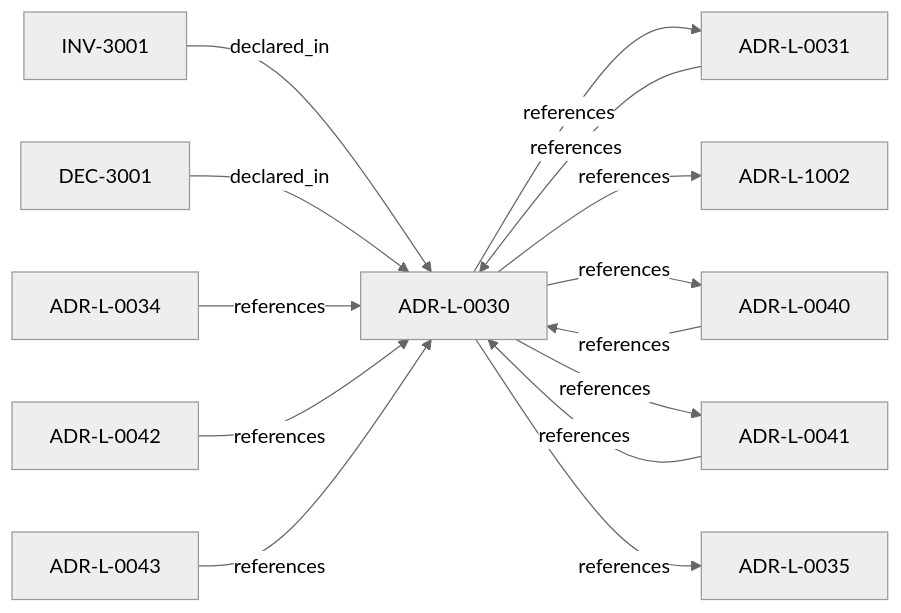
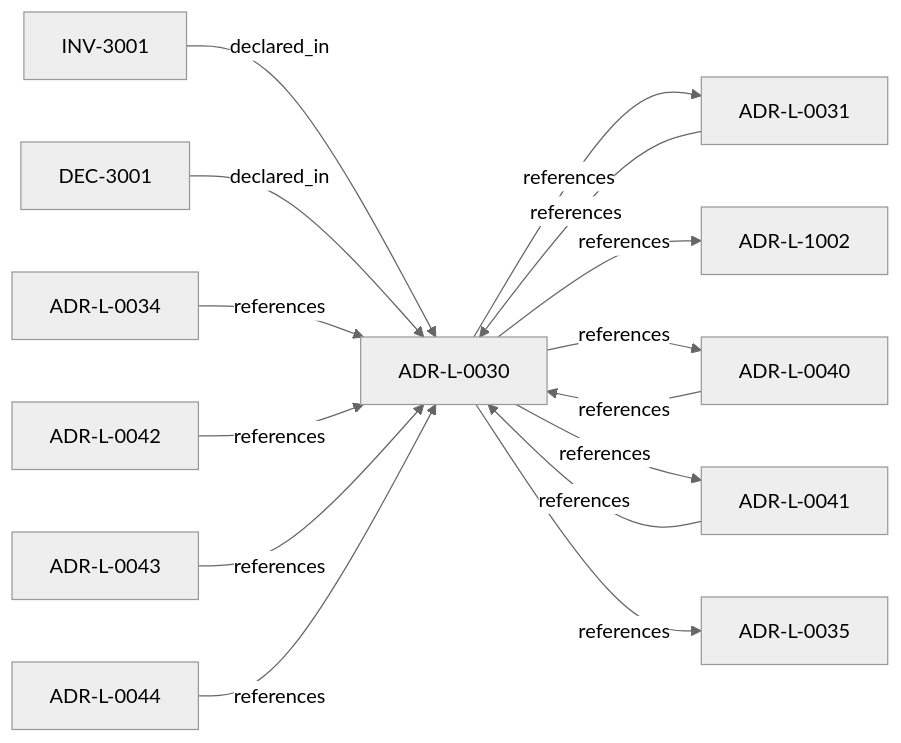
The diagram in adrs/adr-projection/logical/ADR-L-0030-contract-authority-in-ste-spec.md (egallmann/ste-spec), drawn with Mermaid (neutral theme) before and after one commit. The commit also changed other lines of this file and 24 other files, not shown here.

````diff
--- a/adrs/adr-projection/logical/ADR-L-0030-contract-authority-in-ste-spec.md
+++ b/adrs/adr-projection/logical/ADR-L-0030-contract-authority-in-ste-spec.md
@@ -37,27 +37,29 @@
 ```mermaid
 flowchart LR
   n_01a04e96_1f5b_752a_bb27_9bfbb872ffc6["ADR-L-0030"]
   n_01a04e96_1f5b_76a7_9f3e_74a771a33e46["ADR-L-0034"]
   n_01a04e96_1f5b_7c56_bc3f_75fbbc94d42b["ADR-L-0031"]
   n_01a04e96_1f5b_7c87_8a1f_093dbd20805a["INV-3001"]
   n_01a04e96_1f5b_7ded_b337_01c79d48c692["DEC-3001"]
   n_01a04e96_1f5c_7116_883f_0badde97c759["ADR-L-0042"]
   n_01a04e96_1f5c_72a7_8a1b_81cf44933af3["ADR-L-0043"]
   n_01a04e96_1f5c_73c9_ad1f_df05ef43cae1["ADR-L-1002"]
   n_01a04e96_1f5c_78e0_823f_3c915d07acd6["ADR-L-0040"]
   n_01a04e96_1f5c_7e5b_9837_1dea58886565["ADR-L-0041"]
   n_01a04e96_1f5c_7fd4_bf3e_ddca6103eae1["ADR-L-0035"]
+  n_01a06490_5b3c_76c0_9da2_abc5d28f8970["ADR-L-0044"]
   n_01a04e96_1f5b_7c87_8a1f_093dbd20805a -->|"declared_in"| n_01a04e96_1f5b_752a_bb27_9bfbb872ffc6
   n_01a04e96_1f5b_7ded_b337_01c79d48c692 -->|"declared_in"| n_01a04e96_1f5b_752a_bb27_9bfbb872ffc6
   n_01a04e96_1f5b_752a_bb27_9bfbb872ffc6 -->|"references"| n_01a04e96_1f5b_7c56_bc3f_75fbbc94d42b
   n_01a04e96_1f5b_752a_bb27_9bfbb872ffc6 -->|"references"| n_01a04e96_1f5c_73c9_ad1f_df05ef43cae1
   n_01a04e96_1f5b_752a_bb27_9bfbb872ffc6 -->|"references"| n_01a04e96_1f5c_78e0_823f_3c915d07acd6
   n_01a04e96_1f5b_752a_bb27_9bfbb872ffc6 -->|"references"| n_01a04e96_1f5c_7e5b_9837_1dea58886565
   n_01a04e96_1f5b_752a_bb27_9bfbb872ffc6 -->|"references"| n_01a04e96_1f5c_7fd4_bf3e_ddca6103eae1
   n_01a04e96_1f5b_76a7_9f3e_74a771a33e46 -->|"references"| n_01a04e96_1f5b_752a_bb27_9bfbb872ffc6
   n_01a04e96_1f5b_7c56_bc3f_75fbbc94d42b -->|"references"| n_01a04e96_1f5b_752a_bb27_9bfbb872ffc6
   n_01a04e96_1f5c_7116_883f_0badde97c759 -->|"references"| n_01a04e96_1f5b_752a_bb27_9bfbb872ffc6
   n_01a04e96_1f5c_72a7_8a1b_81cf44933af3 -->|"references"| n_01a04e96_1f5b_752a_bb27_9bfbb872ffc6
   n_01a04e96_1f5c_78e0_823f_3c915d07acd6 -->|"references"| n_01a04e96_1f5b_752a_bb27_9bfbb872ffc6
   n_01a04e96_1f5c_7e5b_9837_1dea58886565 -->|"references"| n_01a04e96_1f5b_752a_bb27_9bfbb872ffc6
+  n_01a06490_5b3c_76c0_9da2_abc5d28f8970 -->|"references"| n_01a04e96_1f5b_752a_bb27_9bfbb872ffc6
 ```
````
